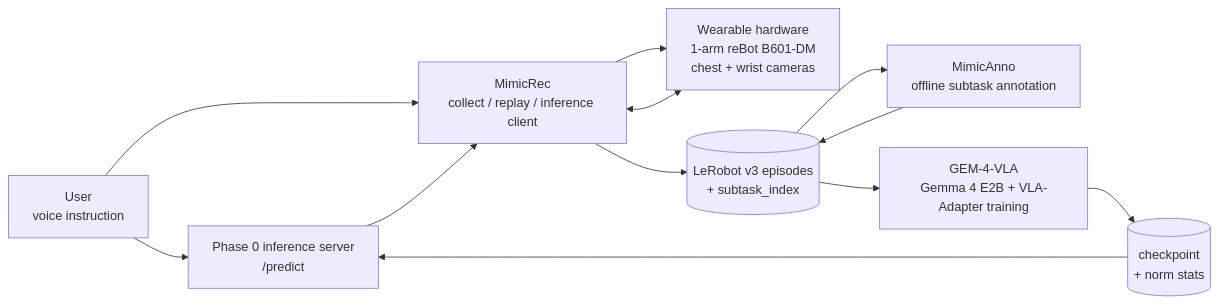
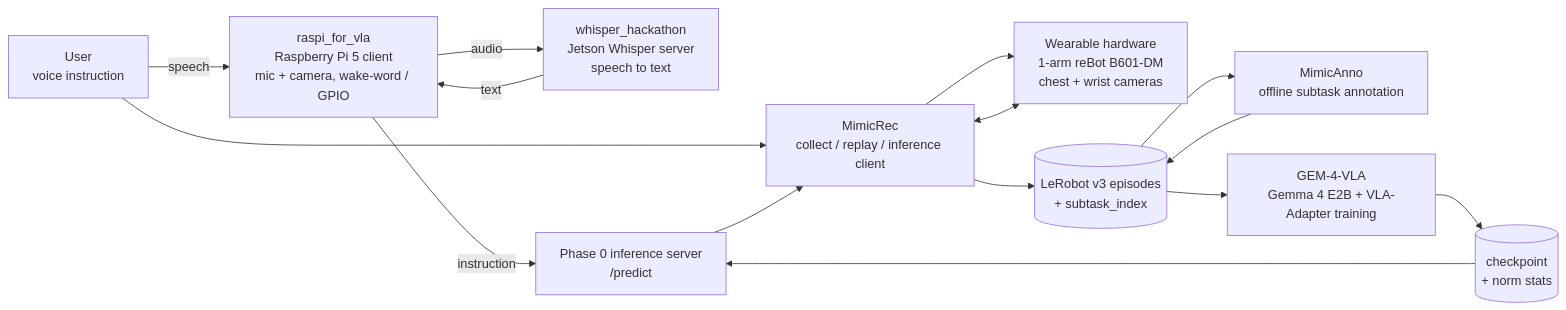
Before and after one commit to takaki-maeda-99/GEM-4: the diagram in README.ja.md, drawn with Mermaid. The commit also changed other lines of this file and 5 other files, not shown here.

First line of the commit message:
docs(readme): add raspi_for_vla + whisper_hackathon, move images to media/

````diff
--- a/README.ja.md
+++ b/README.ja.md
@@ -70,23 +70,28 @@
 ```mermaid
 flowchart LR
     User["User<br/>voice instruction"]
+    Raspi["raspi_for_vla<br/>Raspberry Pi 5 client<br/>mic + camera, wake-word / GPIO"]
+    Whisper["whisper_hackathon<br/>Jetson Whisper server<br/>speech to text"]
     HW["Wearable hardware<br/>1-arm reBot B601-DM<br/>chest + wrist cameras"]
     Rec["MimicRec<br/>collect / replay / inference client"]
     Anno["MimicAnno<br/>offline subtask annotation"]
     Train["GEM-4-VLA<br/>Gemma 4 E2B + VLA-Adapter training"]
     Infer["Phase 0 inference server<br/>/predict"]
     Data[("LeRobot v3 episodes<br/>+ subtask_index")]
     Ckpt[("checkpoint<br/>+ norm stats")]
 
-    User --> Infer
+    User -->|speech| Raspi
+    Raspi -->|audio| Whisper
+    Whisper -->|text| Raspi
+    Raspi -->|instruction| Infer
     User --> Rec
     HW <--> Rec
     Rec --> Data
     Data --> Anno
     Anno --> Data
     Data --> Train
     Train --> Ckpt
     Ckpt --> Infer
     Infer --> Rec
     Rec --> HW
 ```
````
